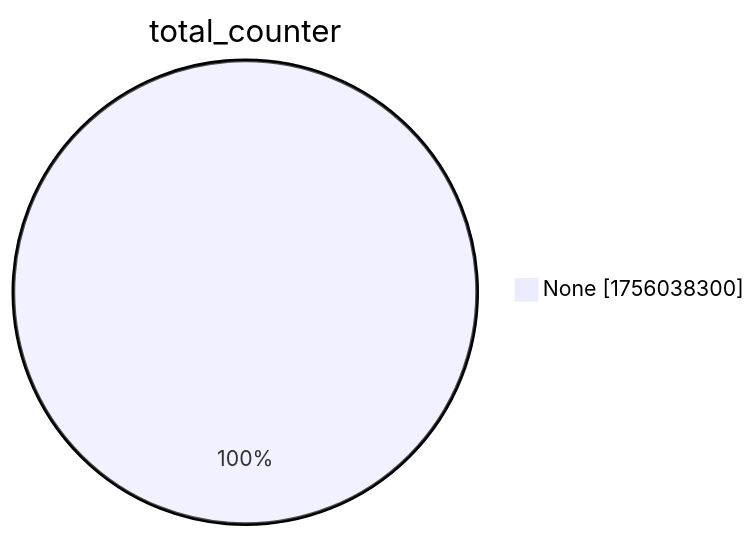
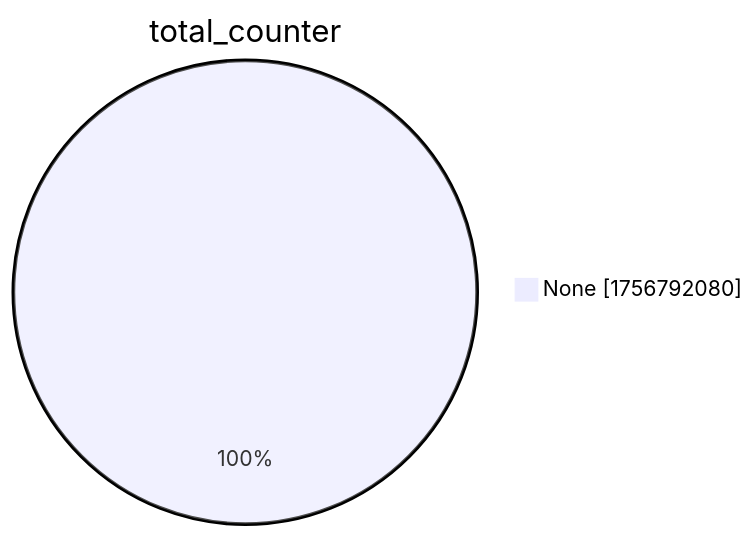
Before and after one commit to christiankrug/ctmonitor_visualization: the second of 15 diagrams in xenon2022/README.md, drawn with Mermaid. The commit also changed other lines of this file, not shown here.

````diff
--- a/xenon2022/README.md
+++ b/xenon2022/README.md
@@ -9,5 +9,5 @@
 ```mermaid
 pie showData
 title total_counter
-"None" :1756038300
+"None" :1756792080
 ```
````
